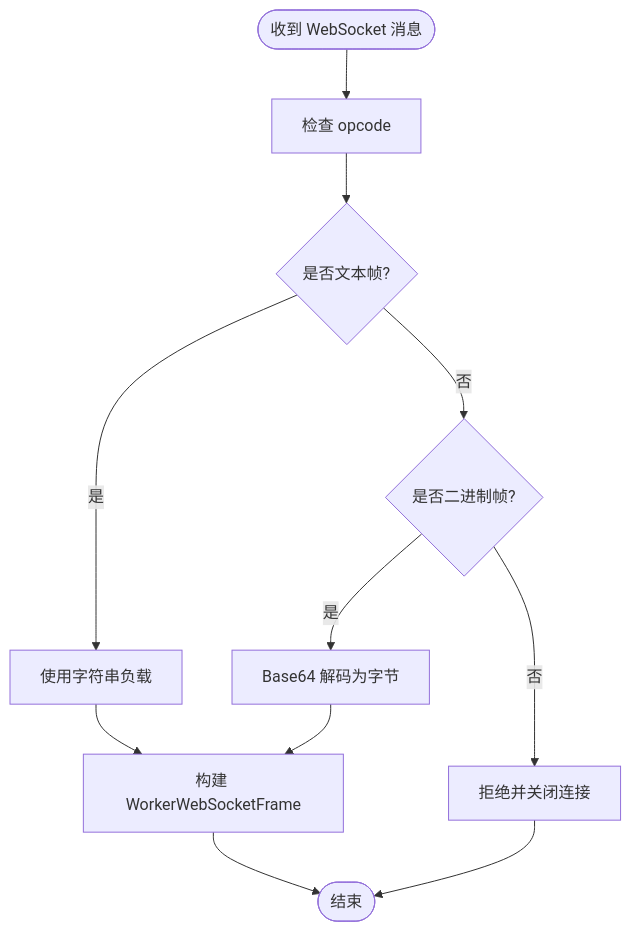
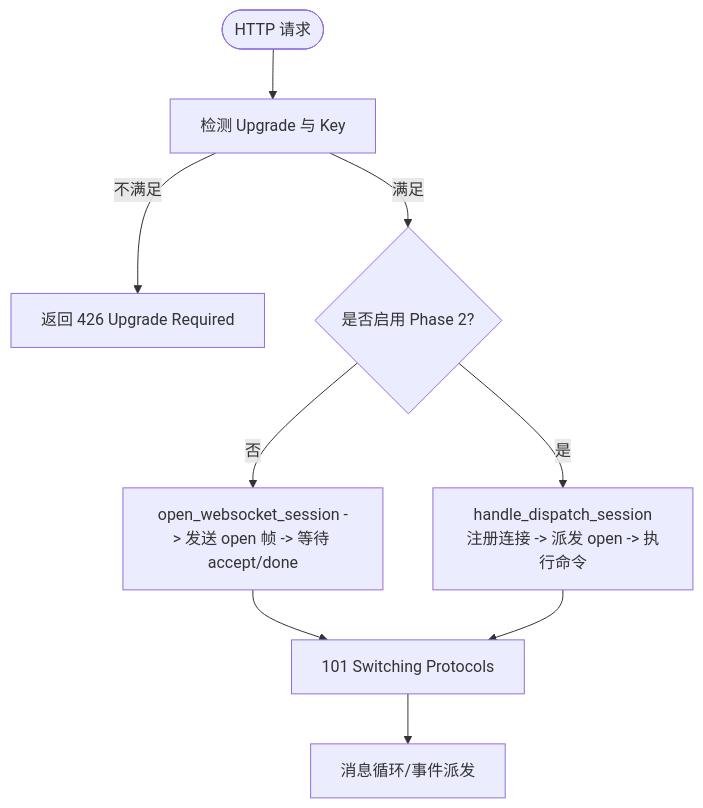
One commit to guweigang/vhttpd changed the third of 8 diagrams in .qoder/repowiki/zh/content/API 参考/WebSocket API.md. Above: the diagram before and after it, drawn with Mermaid. The commit also changed other lines of this file and 697 other files, not shown here.

````diff
--- a/.qoder/repowiki/zh/content/API 参考/WebSocket API.md
+++ b/.qoder/repowiki/zh/content/API 参考/WebSocket API.md
@@ -174,13 +147,11 @@
 ```mermaid
 flowchart TD
-Start(["收到 WebSocket 消息"]) --> CheckOpcode["检查 opcode"]
-CheckOpcode --> IsText{"是否文本帧?"}
-IsText --> |是| UseText["使用字符串负载"]
-IsText --> |否| IsBinary{"是否二进制帧?"}
-IsBinary --> |是| DecodeBase64["Base64 解码为字节"]
-IsBinary --> |否| Reject["拒绝并关闭连接"]
-UseText --> BuildFrame["构建 WorkerWebSocketFrame"]
-DecodeBase64 --> BuildFrame
-Reject --> End(["结束"])
-BuildFrame --> End
+Start(["HTTP 请求"]) --> Check["检测 Upgrade 与 Key"]
+Check --> |不满足| Reject["返回 426 Upgrade Required"]
+Check --> |满足| Mode{"是否启用 Phase 2?"}
+Mode --> |是| P2["handle_dispatch_session<br/>注册连接 -> 派发 open -> 执行命令"]
+Mode --> |否| P1["open_websocket_session -> 发送 open 帧 -> 等待 accept/done"]
+P1 --> Handshake["101 Switching Protocols"]
+P2 --> Handshake
+Handshake --> Loop["消息循环/事件派发"]
 ```
````
